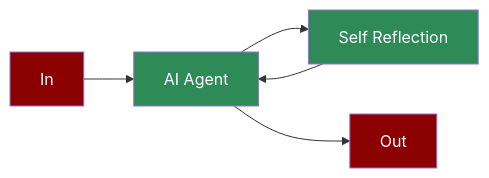
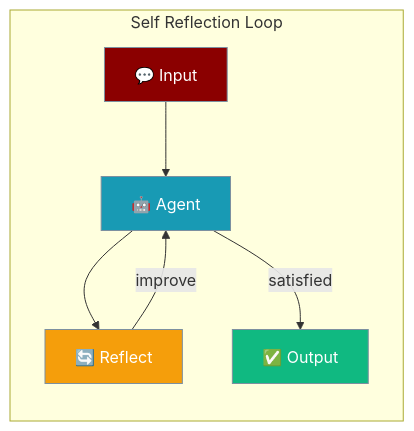
The diagram in docs/features/selfreflection.mdx (MervinPraison/PraisonAIDocs), drawn with Mermaid before and after one commit. The commit also changed 6 other files, not shown here.

````diff
--- a/docs/features/selfreflection.mdx
+++ b/docs/features/selfreflection.mdx
@@ -8,12 +8,19 @@
 ```mermaid
-flowchart LR
-    In[In] --> Agent[AI Agent]
-    Agent --> Reflect[Self Reflection]
-    Reflect --> Agent
-    Agent --> Out[Out]
-    
-    style In fill:#8B0000,color:#fff
-    style Agent fill:#2E8B57,color:#fff
-    style Reflect fill:#2E8B57,color:#fff
-    style Out fill:#8B0000,color:#fff
+graph LR
+    subgraph "Self Reflection Loop"
+        In["💬 Input"] --> Agent["🤖 Agent"]
+        Agent --> Reflect["🔄 Reflect"]
+        Reflect -->|"improve"| Agent
+        Agent -->|"satisfied"| Out["✅ Output"]
+    end
+
+    classDef input fill:#8B0000,stroke:#7C90A0,color:#fff
+    classDef agent fill:#189AB4,stroke:#7C90A0,color:#fff
+    classDef reflect fill:#F59E0B,stroke:#7C90A0,color:#fff
+    classDef output fill:#10B981,stroke:#7C90A0,color:#fff
+
+    class In input
+    class Agent agent
+    class Reflect reflect
+    class Out output
 ```
````
